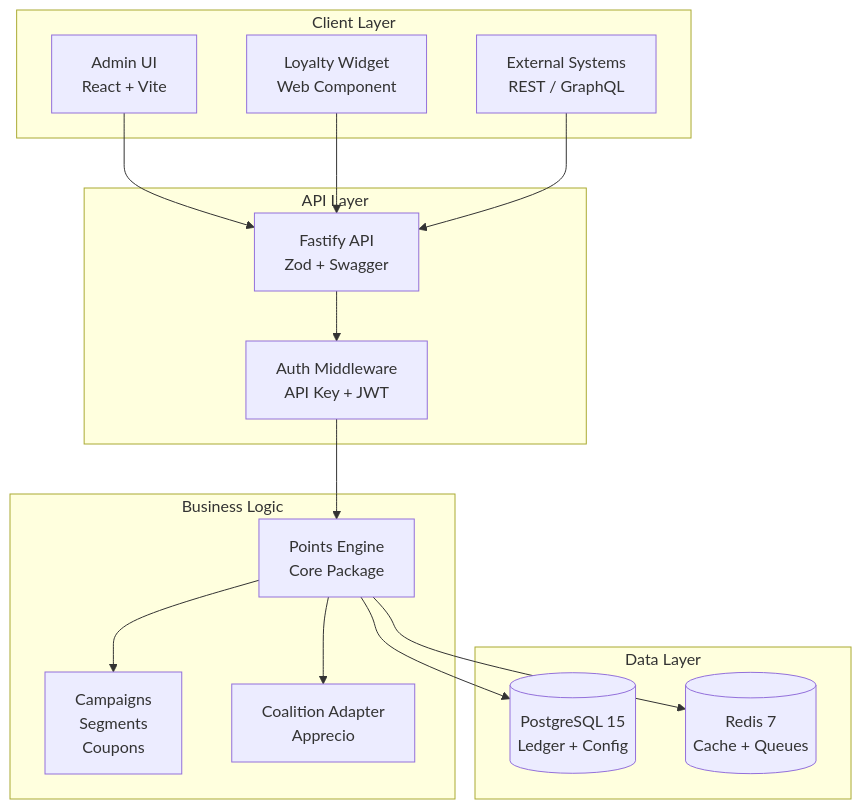
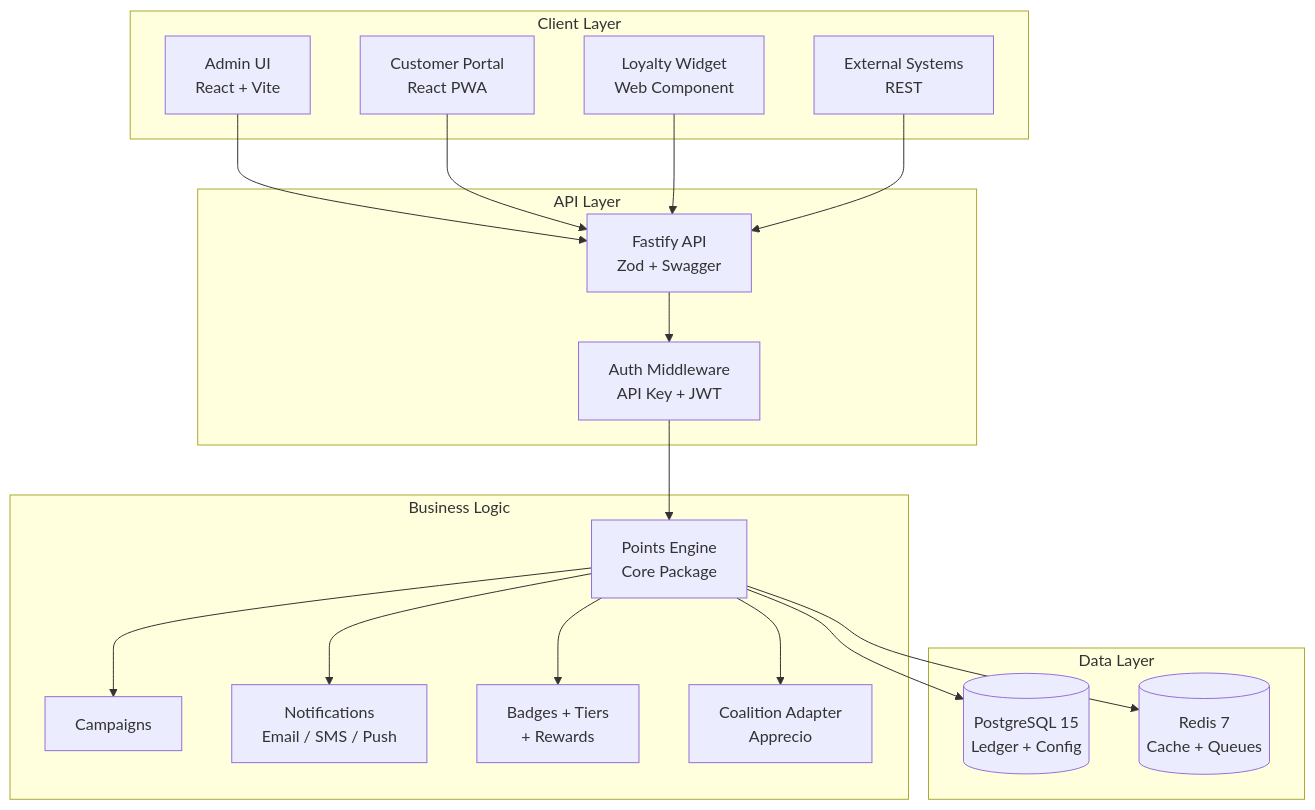
Before and after one commit to jvillatox/loyaltyos: the diagram in README.md, drawn with Mermaid. The commit also changed other lines of this file and 4 other files, not shown here.

Commit message:
docs: phase 3 changelog, readme, customer-portal, widget, and notifications guides

````diff
--- a/README.md
+++ b/README.md
@@ -26,34 +29,40 @@
 ```mermaid
 graph TB
     subgraph "Client Layer"
         Admin["Admin UI<br/>React + Vite"]
+        Portal["Customer Portal<br/>React PWA"]
         Widget["Loyalty Widget<br/>Web Component"]
-        API_Consumer["External Systems<br/>REST / GraphQL"]
+        API_Consumer["External Systems<br/>REST"]
     end
 
     subgraph "API Layer"
         Fastify["Fastify API<br/>Zod + Swagger"]
         Auth["Auth Middleware<br/>API Key + JWT"]
     end
 
     subgraph "Business Logic"
         Core["Points Engine<br/>Core Package"]
-        Campaigns["Campaigns<br/>Segments<br/>Coupons"]
+        Campaigns["Campaigns"]
+        Notifications["Notifications<br/>Email / SMS / Push"]
+        Gamification["Badges + Tiers<br/>+ Rewards"]
         Coalition["Coalition Adapter<br/>Apprecio"]
     end
 
     subgraph "Data Layer"
         PG[("PostgreSQL 15<br/>Ledger + Config")]
         Redis[("Redis 7<br/>Cache + Queues")]
     end
 
     Admin --> Fastify
+    Portal --> Fastify
     Widget --> Fastify
     API_Consumer --> Fastify
     Fastify --> Auth
     Auth --> Core
     Core --> Campaigns
+    Core --> Notifications
+    Core --> Gamification
     Core --> Coalition
     Core --> PG
     Core --> Redis
 ```
````
